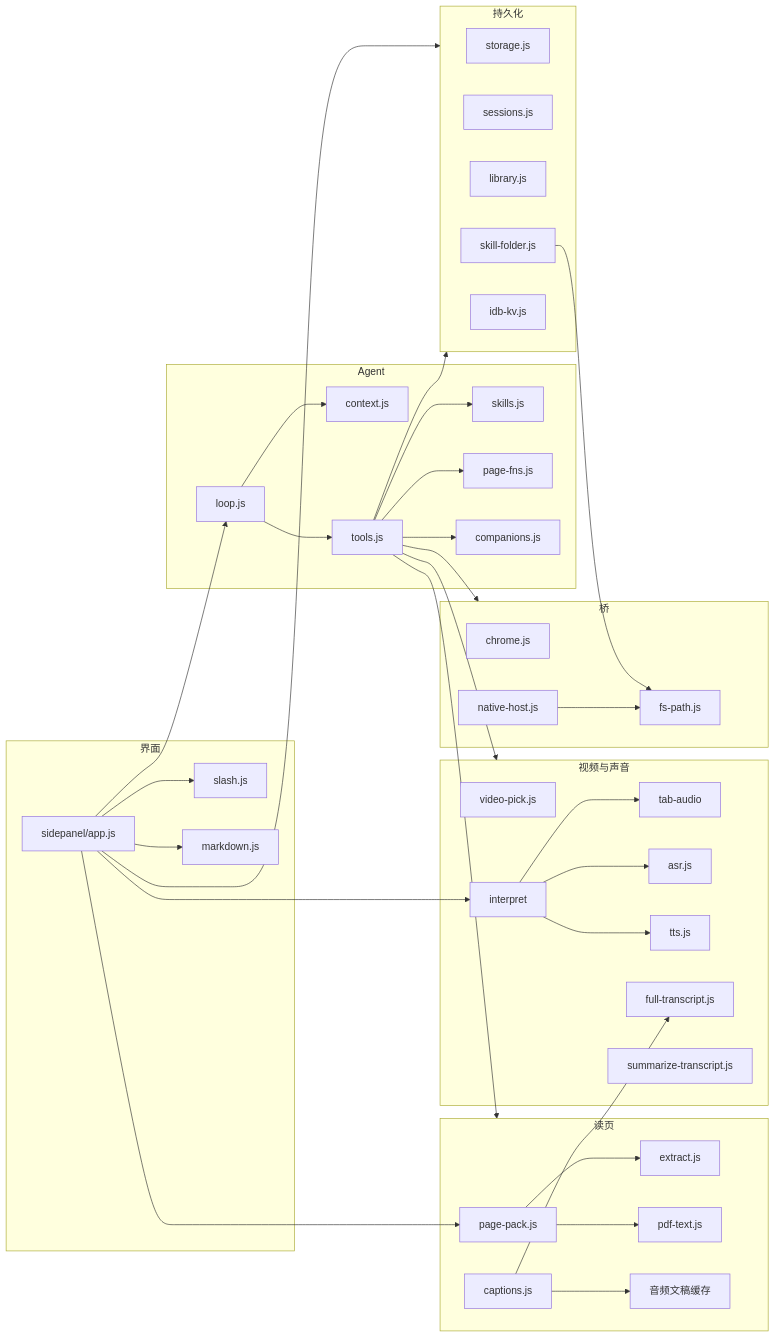
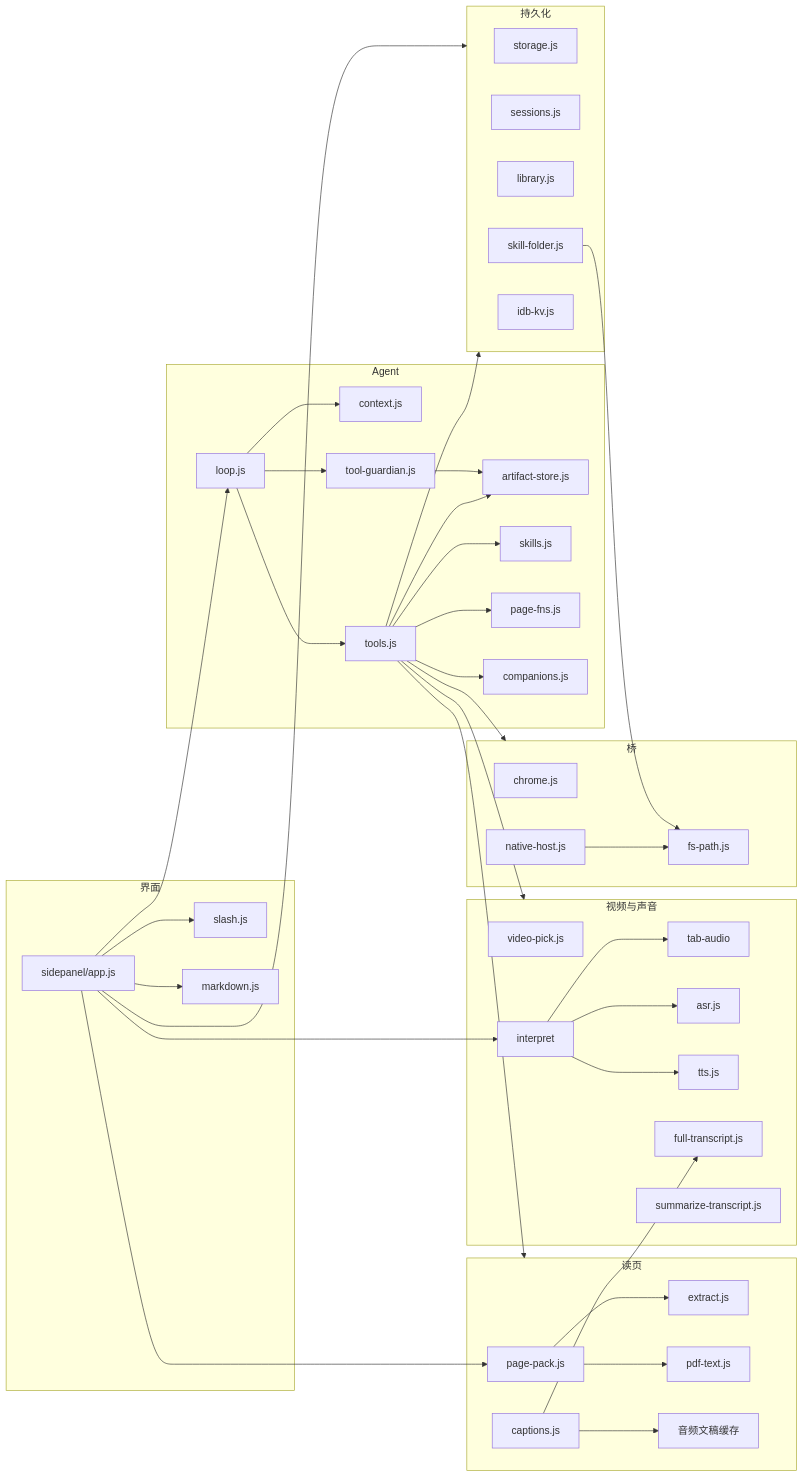
Before and after one commit to magele758/open-chrome-ai: the second of 3 diagrams in README.md, drawn with Mermaid. The commit also changed other lines of this file and 9 other files, not shown here.

First line of the commit message:
feat: 支持长工具返回拦截归档(Tool Guardian)、Agentic检索与会话历史安全截断 (v0.11.0)

````diff
--- a/README.md
+++ b/README.md
@@ -274,74 +291,79 @@
 ```mermaid
 flowchart LR
   subgraph ui [界面]
     App[sidepanel/app.js]
     Slash[slash.js]
     Md[markdown.js]
   end
 
   subgraph agent [Agent]
     Loop[loop.js]
     Ctx[context.js]
     Tools[tools.js]
+    Guardian[tool-guardian.js]
+    ArtStore[artifact-store.js]
     Skills[skills.js]
     PageFns[page-fns.js]
     Comp[companions.js]
   end
 
   subgraph pack [读页]
     Pack[page-pack.js]
     Ext[extract.js]
     Pdf[pdf-text.js]
     Yt[音频文稿缓存]
     Caps[captions.js]
   end
 
   subgraph media [视频与声音]
     Pick[video-pick.js]
     Audio[tab-audio]
     Interp[interpret]
     Asr[asr.js]
     Tts[tts.js]
     Full[full-transcript.js]
     Sum[summarize-transcript.js]
   end
 
   subgraph persist [持久化]
     Store[storage.js]
     Sess[sessions.js]
     Lib[library.js]
     SkillDir[skill-folder.js]
     Idb[idb-kv.js]
   end
 
   subgraph bridge [桥]
     Chrome[chrome.js]
     Native[native-host.js]
     Fs[fs-path.js]
   end
 
   App --> Slash
   App --> Md
   App --> Loop
   App --> Pack
   App --> Interp
   App --> persist
   Loop --> Ctx
   Loop --> Tools
+  Loop --> Guardian
+  Guardian --> ArtStore
+  Tools --> ArtStore
   Tools --> Skills
   Tools --> PageFns
   Tools --> Comp
   Tools --> pack
   Tools --> media
   Tools --> persist
   Tools --> bridge
   Pack --> Ext
   Pack --> Pdf
   Caps --> Yt
   Caps --> Full
   Interp --> Audio
   Interp --> Asr
   Interp --> Tts
   SkillDir --> Fs
   Native --> Fs
 ```
````
